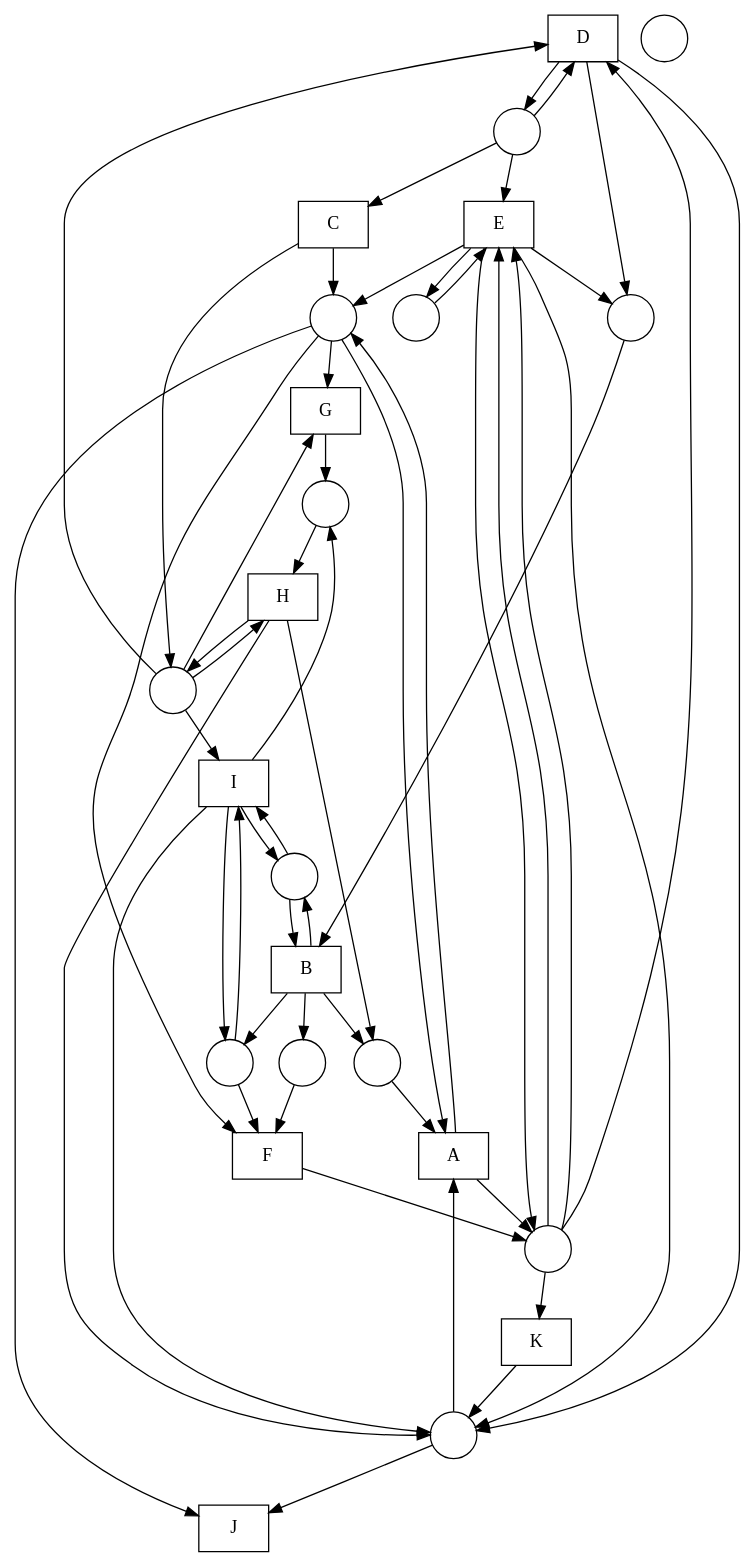
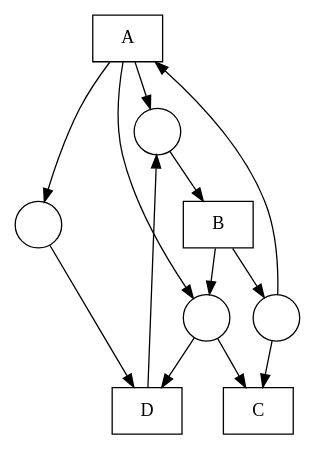
The diagram in nets/Fittest net.gv (DWitek97/GeneticMiner), drawn with Graphviz before and after one commit. The commit also changed 6 other files, not shown here.

```diff
--- a/nets/Fittest net.gv
+++ b/nets/Fittest net.gv
@@ -1,80 +1,24 @@
 digraph "Fittest net" {
 	node [shape=box]
+	A [label=A]
+	B [label=B]
+	C [label=C]
 	D [label=D]
-	H [label=H]
-	J [label=J]
-	C [label=C]
-	K [label=K]
-	A [label=A]
-	F [label=F]
-	I [label=I]
-	E [label=E]
-	G [label=G]
-	B [label=B]
 	node [shape=circle]
 	1 [label=" "]
 	2 [label=" "]
 	3 [label=" "]
 	4 [label=" "]
-	5 [label=" "]
-	6 [label=" "]
-	7 [label=" "]
-	8 [label=" "]
-	9 [label=" "]
-	10 [label=" "]
-	11 [label=" "]
-	12 [label=" "]
-	13 [label=" "]
-	1 -> D
-	10 -> D
-	8 -> D
-	D -> 7
-	D -> 5
-	D -> 1
-	11 -> H
-	8 -> H
-	H -> 8
-	H -> 7
-	H -> 3
-	4 -> J
-	7 -> J
+	1 -> A
+	A -> 2
+	A -> 4
+	A -> 3
+	2 -> B
+	B -> 4
+	B -> 1
 	1 -> C
-	C -> 4
-	C -> 8
-	10 -> K
-	K -> 7
-	4 -> A
-	7 -> A
-	3 -> A
-	A -> 10
-	A -> 4
-	6 -> F
-	2 -> F
-	4 -> F
-	F -> 10
-	6 -> I
-	9 -> I
-	8 -> I
-	I -> 7
-	I -> 11
-	I -> 9
-	I -> 6
-	13 -> E
-	10 -> E
-	10 -> E
-	1 -> E
-	E -> 5
-	E -> 10
-	E -> 7
-	E -> 13
-	E -> 4
-	8 -> G
-	4 -> G
-	G -> 11
-	9 -> B
-	5 -> B
-	B -> 3
-	B -> 6
-	B -> 9
-	B -> 2
+	4 -> C
+	3 -> D
+	4 -> D
+	D -> 2
 }
```
